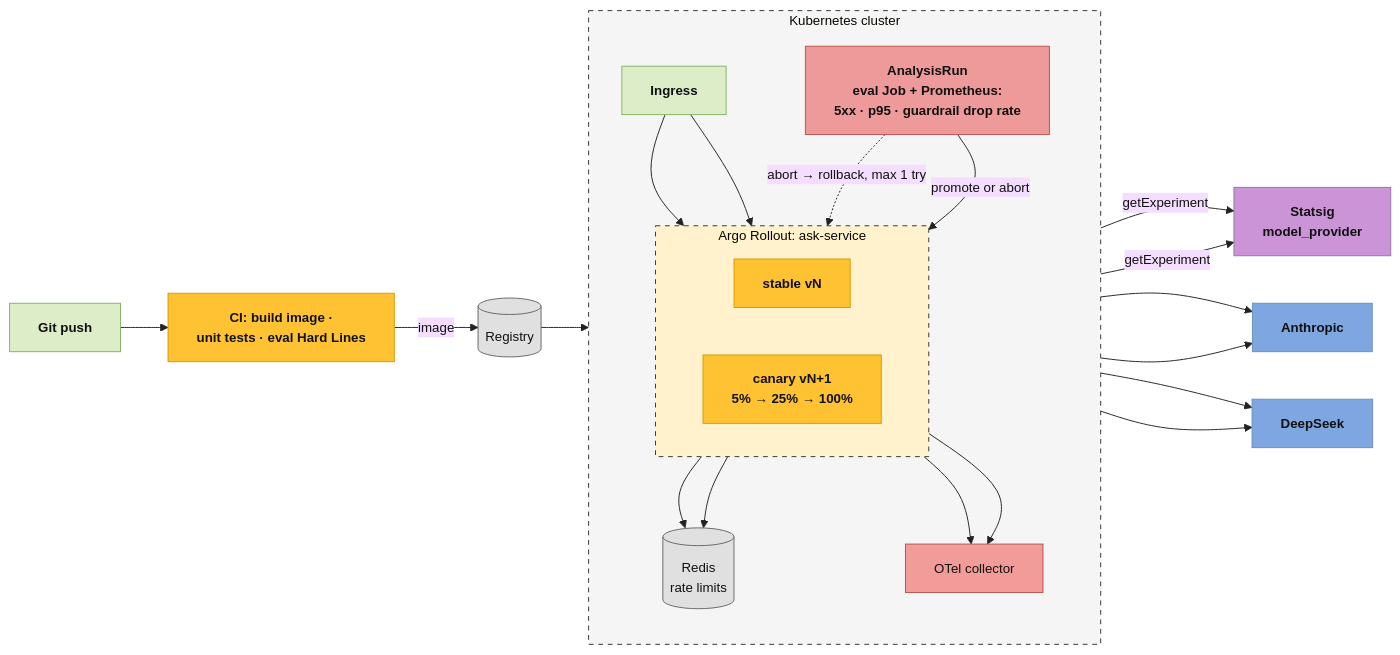
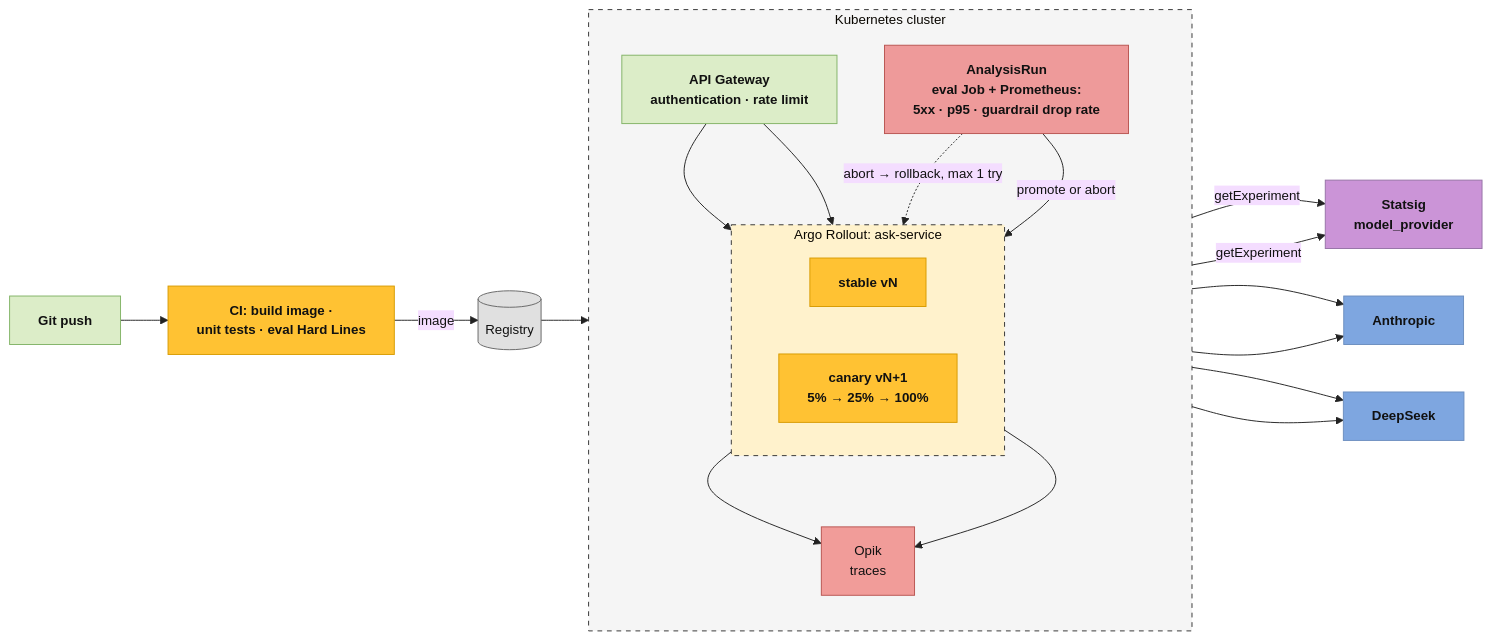
Before and after one commit to trieuttnv/job-finder-assisstant: the diagram in docs/img/deployment.mmd, drawn with Mermaid. The commit also changed 11 other files, not shown here.

```diff
--- a/docs/img/deployment.mmd
+++ b/docs/img/deployment.mmd
@@ -1,37 +1,35 @@
 %%{init: {"theme":"base","themeVariables":{"background":"#FFFEF9","fontFamily":"Helvetica, Arial, sans-serif","fontSize":"14px","lineColor":"#222","primaryTextColor":"#111"}}}%%
 flowchart LR
   classDef ui      fill:#DCEDC8,stroke:#82B366,color:#111,font-weight:bold
   classDef step    fill:#FFC233,stroke:#D79B00,color:#111,font-weight:bold
   classDef llm     fill:#7EA6E0,stroke:#6C8EBF,color:#111,font-weight:bold
   classDef check   fill:#EE9A9A,stroke:#B85450,color:#111,font-weight:bold
   classDef ext     fill:#CB94D7,stroke:#9673A6,color:#111,font-weight:bold
   classDef store   fill:#E0E0E0,stroke:#666,color:#111
   classDef obs     fill:#F19C99,stroke:#B85450,color:#111
   classDef designed fill:#FFFFFF,stroke:#666,stroke-dasharray:5 5,color:#555
   %% Production deployment (designed, not built)
   GIT["Git push"]:::ui --> CI["CI: build image ·<br/>unit tests · eval Hard Lines"]:::step
   CI -->|image| REG[("Registry")]:::store
   subgraph K8S["Kubernetes cluster"]
     direction TB
-    ING["Ingress"]:::ui
+    GW["API Gateway<br/>authentication · rate limit"]:::ui
     subgraph RO["Argo Rollout: ask-service"]
       direction LR
       ST["stable vN"]:::step
       CA["canary vN+1<br/>5% → 25% → 100%"]:::step
     end
     AN["AnalysisRun<br/>eval Job + Prometheus:<br/>5xx · p95 · guardrail drop rate"]:::check
-    RD[("Redis<br/>rate limits")]:::store
-    OT["OTel collector"]:::obs
+    OP["Opik<br/>traces"]:::obs
   end
   REG --> RO
-  ING --> ST
-  ING --> CA
+  GW --> ST
+  GW --> CA
   AN -->|promote or abort| RO
-  ST & CA --> RD
-  ST & CA --> OT
+  ST & CA --> OP
   ST & CA -->|getExperiment| SG["Statsig<br/>model_provider"]:::ext
   ST & CA --> ANT["Anthropic"]:::llm
   ST & CA --> DS["DeepSeek"]:::llm
   AN -.->|"abort → rollback, max 1 try"| ST
   style K8S fill:#F5F5F5,stroke:#333,stroke-dasharray:5 5
   style RO fill:#FFF2CC,stroke:#333,stroke-dasharray:5 5
```
